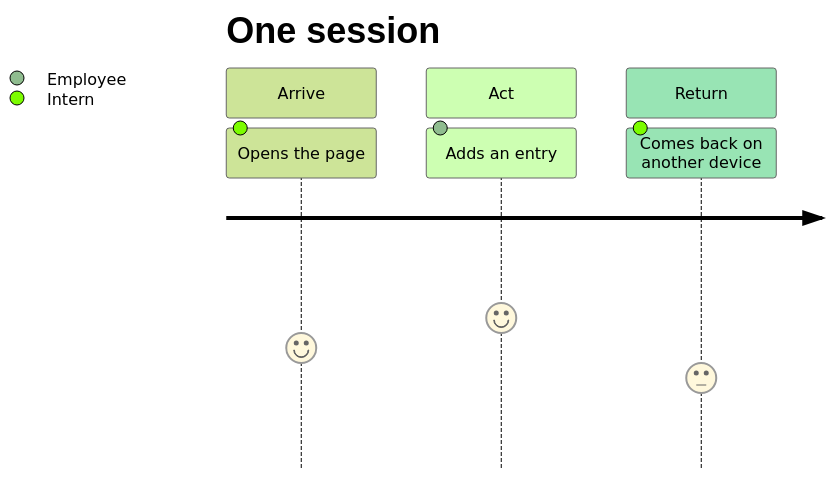
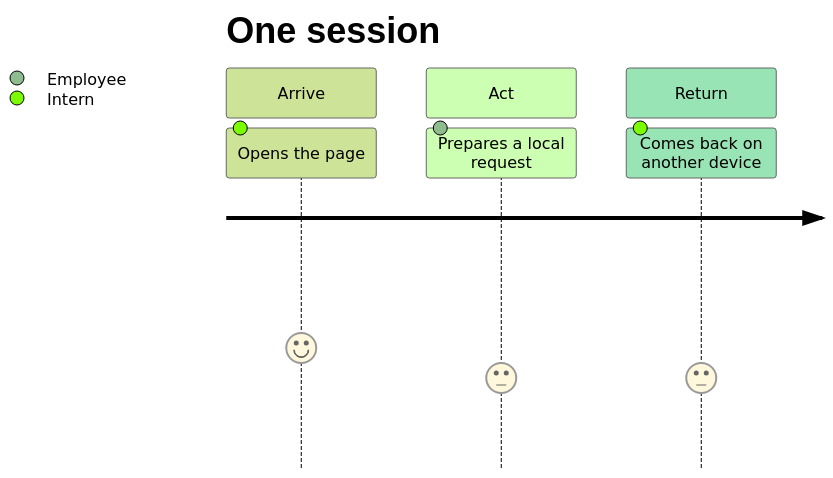
The diagram in context/USERS.md (mehtaaashi05/mgt3745-final-mehtaaashi05), drawn with Mermaid (forest theme) before and after one commit. The commit also changed other lines of this file and 25 other files, not shown here.

````diff
--- a/context/USERS.md
+++ b/context/USERS.md
@@ -56,10 +57,10 @@
 ```mermaid
 journey
   title One session
   section Arrive
     Opens the page: 4: Intern
   section Act
-    Adds an entry: 5: Employee
+    Prepares a local request: 3: Employee
   section Return
     Comes back on another device: 3: Intern
 ```
````
